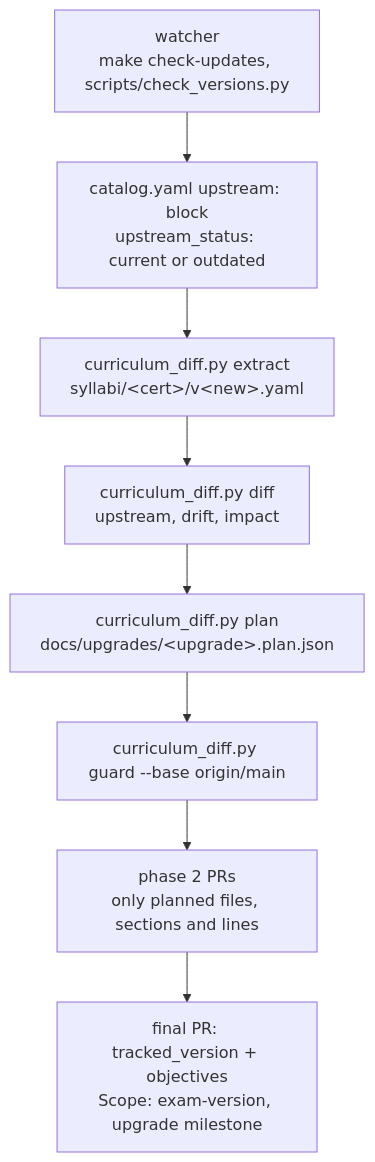
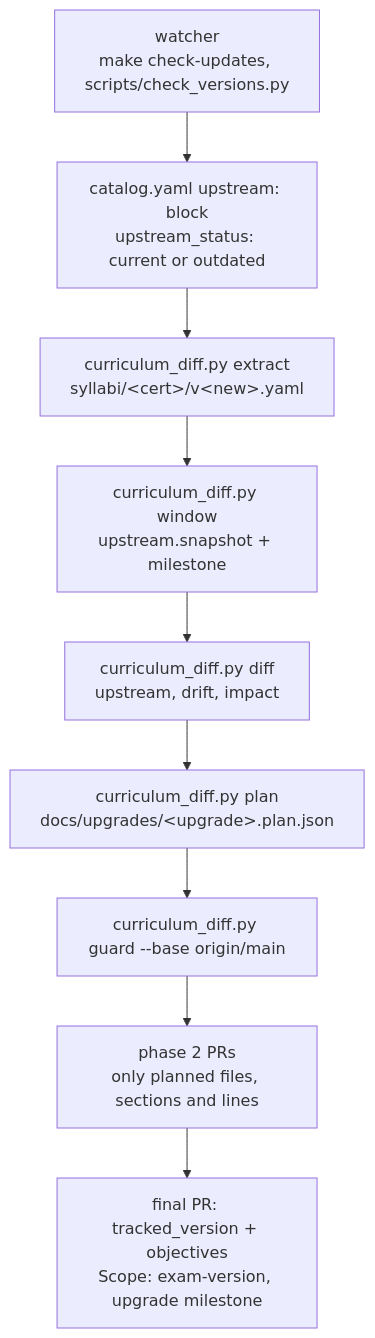
Before and after one commit to villadalmine/study-cybercirujas: diagram 11 of 11 in docs/HOW-IT-WORKS.md, drawn with Mermaid. The commit also changed other lines of this file and 11 other files, not shown here.

First line of the commit message:
feat(upgrades): freeze CKS v1.37 and open its upgrade window, with curriculum_diff window (#290)

````diff
--- a/docs/HOW-IT-WORKS.md
+++ b/docs/HOW-IT-WORKS.md
@@ -212,10 +212,11 @@
 ```mermaid
 flowchart TD
     W["watcher<br/>make check-updates, scripts/check_versions.py"] --> UP["catalog.yaml upstream: block<br/>upstream_status: current or outdated"]
     UP --> EX["curriculum_diff.py extract<br/>syllabi/&lt;cert&gt;/v&lt;new&gt;.yaml"]
-    EX --> DF["curriculum_diff.py diff<br/>upstream, drift, impact"]
+    EX --> WN["curriculum_diff.py window<br/>upstream.snapshot + milestone"]
+    WN --> DF["curriculum_diff.py diff<br/>upstream, drift, impact"]
     DF --> PL["curriculum_diff.py plan<br/>docs/upgrades/&lt;upgrade&gt;.plan.json"]
     PL --> GD["curriculum_diff.py guard --base origin/main"]
     GD --> ED["phase 2 PRs<br/>only planned files, sections and lines"]
     ED --> SW["final PR: tracked_version + objectives<br/>Scope: exam-version, upgrade milestone"]
 ```
````
